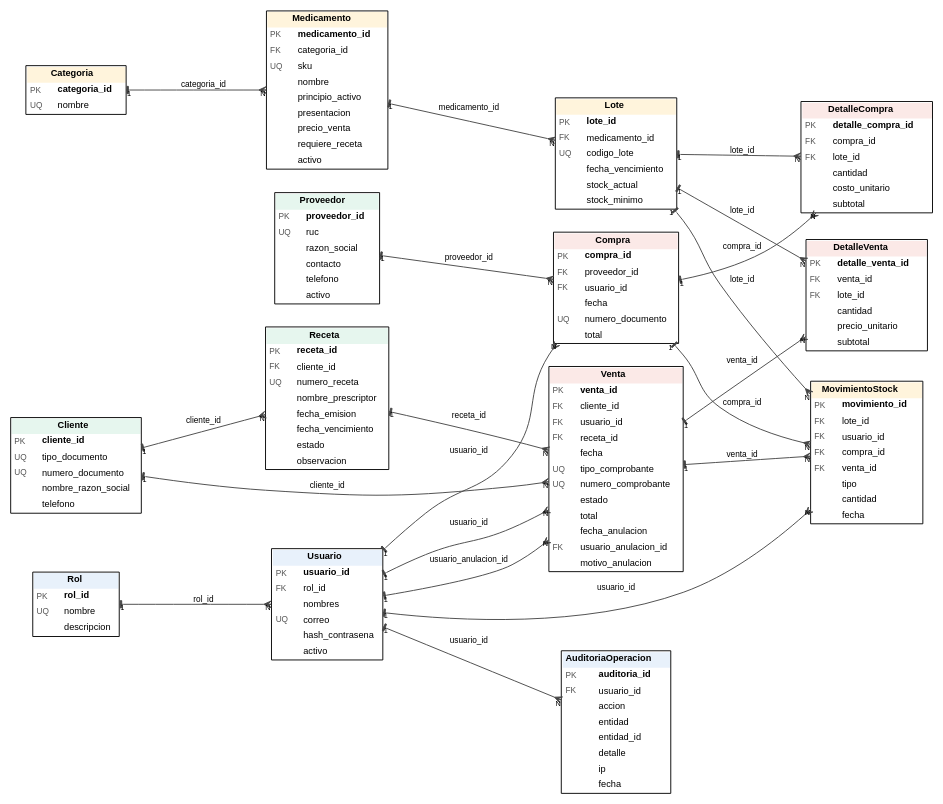
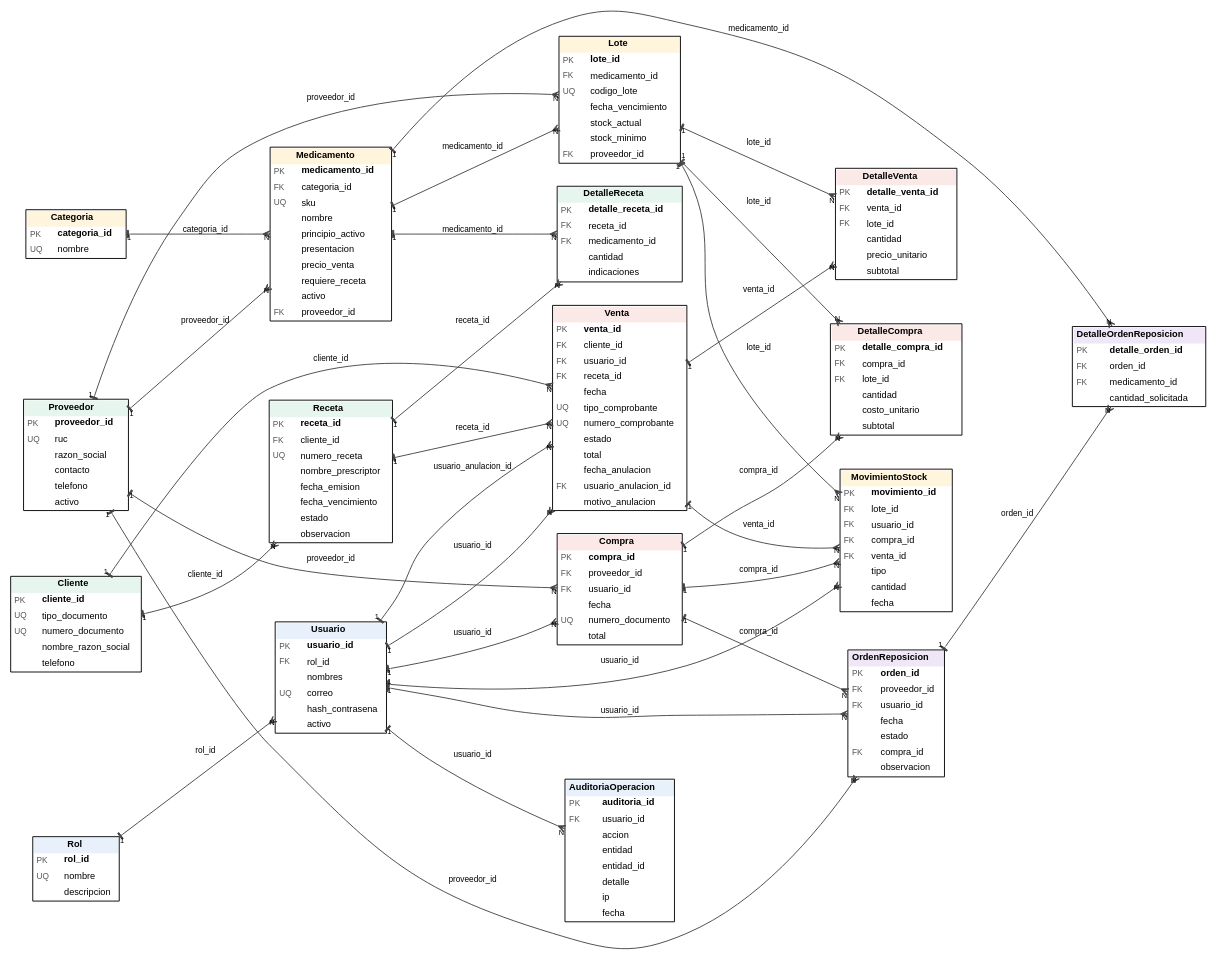
Before and after one commit to angelonavarroxd23-lab/Farma-Control: the diagram in docs/diagramas/src/modelo_logico.dot, drawn with Graphviz. The commit also changed 24 other files, not shown here.

First line of the commit message:
Diagramas actualizados a v2.1: 17 tablas/28 FK, MVC, receta en caja, lote/proveedor en compra, reposicion, estados de orden

```diff
--- a/docs/diagramas/src/modelo_logico.dot
+++ b/docs/diagramas/src/modelo_logico.dot
@@ -6,23 +6,35 @@
 Cliente [label=<<TABLE BORDER="1" CELLBORDER="0" CELLSPACING="0" CELLPADDING="3" BGCOLOR="white"><TR><TD COLSPAN="2" BGCOLOR="#E6F6EE"><B>Cliente</B></TD></TR><TR><TD ALIGN="LEFT" WIDTH="30"><FONT POINT-SIZE="9" COLOR="#555555">PK</FONT></TD><TD ALIGN="LEFT"><B>cliente_id</B></TD></TR><TR><TD ALIGN="LEFT" WIDTH="30"><FONT POINT-SIZE="9" COLOR="#555555">UQ</FONT></TD><TD ALIGN="LEFT">tipo_documento</TD></TR><TR><TD ALIGN="LEFT" WIDTH="30"><FONT POINT-SIZE="9" COLOR="#555555">UQ</FONT></TD><TD ALIGN="LEFT">numero_documento</TD></TR><TR><TD ALIGN="LEFT" WIDTH="30"> </TD><TD ALIGN="LEFT">nombre_razon_social</TD></TR><TR><TD ALIGN="LEFT" WIDTH="30"> </TD><TD ALIGN="LEFT">telefono</TD></TR></TABLE>>];
 Proveedor [label=<<TABLE BORDER="1" CELLBORDER="0" CELLSPACING="0" CELLPADDING="3" BGCOLOR="white"><TR><TD COLSPAN="2" BGCOLOR="#E6F6EE"><B>Proveedor</B></TD></TR><TR><TD ALIGN="LEFT" WIDTH="30"><FONT POINT-SIZE="9" COLOR="#555555">PK</FONT></TD><TD ALIGN="LEFT"><B>proveedor_id</B></TD></TR><TR><TD ALIGN="LEFT" WIDTH="30"><FONT POINT-SIZE="9" COLOR="#555555">UQ</FONT></TD><TD ALIGN="LEFT">ruc</TD></TR><TR><TD ALIGN="LEFT" WIDTH="30"> </TD><TD ALIGN="LEFT">razon_social</TD></TR><TR><TD ALIGN="LEFT" WIDTH="30"> </TD><TD ALIGN="LEFT">contacto</TD></TR><TR><TD ALIGN="LEFT" WIDTH="30"> </TD><TD ALIGN="LEFT">telefono</TD></TR><TR><TD ALIGN="LEFT" WIDTH="30"> </TD><TD ALIGN="LEFT">activo</TD></TR></TABLE>>];
 Categoria [label=<<TABLE BORDER="1" CELLBORDER="0" CELLSPACING="0" CELLPADDING="3" BGCOLOR="white"><TR><TD COLSPAN="2" BGCOLOR="#FFF4DC"><B>Categoria</B></TD></TR><TR><TD ALIGN="LEFT" WIDTH="30"><FONT POINT-SIZE="9" COLOR="#555555">PK</FONT></TD><TD ALIGN="LEFT"><B>categoria_id</B></TD></TR><TR><TD ALIGN="LEFT" WIDTH="30"><FONT POINT-SIZE="9" COLOR="#555555">UQ</FONT></TD><TD ALIGN="LEFT">nombre</TD></TR></TABLE>>];
-Medicamento [label=<<TABLE BORDER="1" CELLBORDER="0" CELLSPACING="0" CELLPADDING="3" BGCOLOR="white"><TR><TD COLSPAN="2" BGCOLOR="#FFF4DC"><B>Medicamento</B></TD></TR><TR><TD ALIGN="LEFT" WIDTH="30"><FONT POINT-SIZE="9" COLOR="#555555">PK</FONT></TD><TD ALIGN="LEFT"><B>medicamento_id</B></TD></TR><TR><TD ALIGN="LEFT" WIDTH="30"><FONT POINT-SIZE="9" COLOR="#555555">FK</FONT></TD><TD ALIGN="LEFT">categoria_id</TD></TR><TR><TD ALIGN="LEFT" WIDTH="30"><FONT POINT-SIZE="9" COLOR="#555555">UQ</FONT></TD><TD ALIGN="LEFT">sku</TD></TR><TR><TD ALIGN="LEFT" WIDTH="30"> </TD><TD ALIGN="LEFT">nombre</TD></TR><TR><TD ALIGN="LEFT" WIDTH="30"> </TD><TD ALIGN="LEFT">principio_activo</TD></TR><TR><TD ALIGN="LEFT" WIDTH="30"> </TD><TD ALIGN="LEFT">presentacion</TD></TR><TR><TD ALIGN="LEFT" WIDTH="30"> </TD><TD ALIGN="LEFT">precio_venta</TD></TR><TR><TD ALIGN="LEFT" WIDTH="30"> </TD><TD ALIGN="LEFT">requiere_receta</TD></TR><TR><TD ALIGN="LEFT" WIDTH="30"> </TD><TD ALIGN="LEFT">activo</TD></TR></TABLE>>];
+Medicamento [label=<<TABLE BORDER="1" CELLBORDER="0" CELLSPACING="0" CELLPADDING="3" BGCOLOR="white"><TR><TD COLSPAN="2" BGCOLOR="#FFF4DC"><B>Medicamento</B></TD></TR><TR><TD ALIGN="LEFT" WIDTH="30"><FONT POINT-SIZE="9" COLOR="#555555">PK</FONT></TD><TD ALIGN="LEFT"><B>medicamento_id</B></TD></TR><TR><TD ALIGN="LEFT" WIDTH="30"><FONT POINT-SIZE="9" COLOR="#555555">FK</FONT></TD><TD ALIGN="LEFT">categoria_id</TD></TR><TR><TD ALIGN="LEFT" WIDTH="30"><FONT POINT-SIZE="9" COLOR="#555555">UQ</FONT></TD><TD ALIGN="LEFT">sku</TD></TR><TR><TD ALIGN="LEFT" WIDTH="30"> </TD><TD ALIGN="LEFT">nombre</TD></TR><TR><TD ALIGN="LEFT" WIDTH="30"> </TD><TD ALIGN="LEFT">principio_activo</TD></TR><TR><TD ALIGN="LEFT" WIDTH="30"> </TD><TD ALIGN="LEFT">presentacion</TD></TR><TR><TD ALIGN="LEFT" WIDTH="30"> </TD><TD ALIGN="LEFT">precio_venta</TD></TR><TR><TD ALIGN="LEFT" WIDTH="30"> </TD><TD ALIGN="LEFT">requiere_receta</TD></TR><TR><TD ALIGN="LEFT" WIDTH="30"> </TD><TD ALIGN="LEFT">activo</TD></TR><TR><TD ALIGN="LEFT" WIDTH="30"><FONT POINT-SIZE="9" COLOR="#555555">FK</FONT></TD><TD ALIGN="LEFT">proveedor_id</TD></TR></TABLE>>];
 Receta [label=<<TABLE BORDER="1" CELLBORDER="0" CELLSPACING="0" CELLPADDING="3" BGCOLOR="white"><TR><TD COLSPAN="2" BGCOLOR="#E6F6EE"><B>Receta</B></TD></TR><TR><TD ALIGN="LEFT" WIDTH="30"><FONT POINT-SIZE="9" COLOR="#555555">PK</FONT></TD><TD ALIGN="LEFT"><B>receta_id</B></TD></TR><TR><TD ALIGN="LEFT" WIDTH="30"><FONT POINT-SIZE="9" COLOR="#555555">FK</FONT></TD><TD ALIGN="LEFT">cliente_id</TD></TR><TR><TD ALIGN="LEFT" WIDTH="30"><FONT POINT-SIZE="9" COLOR="#555555">UQ</FONT></TD><TD ALIGN="LEFT">numero_receta</TD></TR><TR><TD ALIGN="LEFT" WIDTH="30"> </TD><TD ALIGN="LEFT">nombre_prescriptor</TD></TR><TR><TD ALIGN="LEFT" WIDTH="30"> </TD><TD ALIGN="LEFT">fecha_emision</TD></TR><TR><TD ALIGN="LEFT" WIDTH="30"> </TD><TD ALIGN="LEFT">fecha_vencimiento</TD></TR><TR><TD ALIGN="LEFT" WIDTH="30"> </TD><TD ALIGN="LEFT">estado</TD></TR><TR><TD ALIGN="LEFT" WIDTH="30"> </TD><TD ALIGN="LEFT">observacion</TD></TR></TABLE>>];
-Lote [label=<<TABLE BORDER="1" CELLBORDER="0" CELLSPACING="0" CELLPADDING="3" BGCOLOR="white"><TR><TD COLSPAN="2" BGCOLOR="#FFF4DC"><B>Lote</B></TD></TR><TR><TD ALIGN="LEFT" WIDTH="30"><FONT POINT-SIZE="9" COLOR="#555555">PK</FONT></TD><TD ALIGN="LEFT"><B>lote_id</B></TD></TR><TR><TD ALIGN="LEFT" WIDTH="30"><FONT POINT-SIZE="9" COLOR="#555555">FK</FONT></TD><TD ALIGN="LEFT">medicamento_id</TD></TR><TR><TD ALIGN="LEFT" WIDTH="30"><FONT POINT-SIZE="9" COLOR="#555555">UQ</FONT></TD><TD ALIGN="LEFT">codigo_lote</TD></TR><TR><TD ALIGN="LEFT" WIDTH="30"> </TD><TD ALIGN="LEFT">fecha_vencimiento</TD></TR><TR><TD ALIGN="LEFT" WIDTH="30"> </TD><TD ALIGN="LEFT">stock_actual</TD></TR><TR><TD ALIGN="LEFT" WIDTH="30"> </TD><TD ALIGN="LEFT">stock_minimo</TD></TR></TABLE>>];
+Lote [label=<<TABLE BORDER="1" CELLBORDER="0" CELLSPACING="0" CELLPADDING="3" BGCOLOR="white"><TR><TD COLSPAN="2" BGCOLOR="#FFF4DC"><B>Lote</B></TD></TR><TR><TD ALIGN="LEFT" WIDTH="30"><FONT POINT-SIZE="9" COLOR="#555555">PK</FONT></TD><TD ALIGN="LEFT"><B>lote_id</B></TD></TR><TR><TD ALIGN="LEFT" WIDTH="30"><FONT POINT-SIZE="9" COLOR="#555555">FK</FONT></TD><TD ALIGN="LEFT">medicamento_id</TD></TR><TR><TD ALIGN="LEFT" WIDTH="30"><FONT POINT-SIZE="9" COLOR="#555555">UQ</FONT></TD><TD ALIGN="LEFT">codigo_lote</TD></TR><TR><TD ALIGN="LEFT" WIDTH="30"> </TD><TD ALIGN="LEFT">fecha_vencimiento</TD></TR><TR><TD ALIGN="LEFT" WIDTH="30"> </TD><TD ALIGN="LEFT">stock_actual</TD></TR><TR><TD ALIGN="LEFT" WIDTH="30"> </TD><TD ALIGN="LEFT">stock_minimo</TD></TR><TR><TD ALIGN="LEFT" WIDTH="30"><FONT POINT-SIZE="9" COLOR="#555555">FK</FONT></TD><TD ALIGN="LEFT">proveedor_id</TD></TR></TABLE>>];
+DetalleReceta [label=<<TABLE BORDER="1" CELLBORDER="0" CELLSPACING="0" CELLPADDING="3" BGCOLOR="white"><TR><TD COLSPAN="2" BGCOLOR="#E6F6EE"><B>DetalleReceta</B></TD></TR><TR><TD ALIGN="LEFT" WIDTH="30"><FONT POINT-SIZE="9" COLOR="#555555">PK</FONT></TD><TD ALIGN="LEFT"><B>detalle_receta_id</B></TD></TR><TR><TD ALIGN="LEFT" WIDTH="30"><FONT POINT-SIZE="9" COLOR="#555555">FK</FONT></TD><TD ALIGN="LEFT">receta_id</TD></TR><TR><TD ALIGN="LEFT" WIDTH="30"><FONT POINT-SIZE="9" COLOR="#555555">FK</FONT></TD><TD ALIGN="LEFT">medicamento_id</TD></TR><TR><TD ALIGN="LEFT" WIDTH="30"> </TD><TD ALIGN="LEFT">cantidad</TD></TR><TR><TD ALIGN="LEFT" WIDTH="30"> </TD><TD ALIGN="LEFT">indicaciones</TD></TR></TABLE>>];
 Compra [label=<<TABLE BORDER="1" CELLBORDER="0" CELLSPACING="0" CELLPADDING="3" BGCOLOR="white"><TR><TD COLSPAN="2" BGCOLOR="#FBE9E7"><B>Compra</B></TD></TR><TR><TD ALIGN="LEFT" WIDTH="30"><FONT POINT-SIZE="9" COLOR="#555555">PK</FONT></TD><TD ALIGN="LEFT"><B>compra_id</B></TD></TR><TR><TD ALIGN="LEFT" WIDTH="30"><FONT POINT-SIZE="9" COLOR="#555555">FK</FONT></TD><TD ALIGN="LEFT">proveedor_id</TD></TR><TR><TD ALIGN="LEFT" WIDTH="30"><FONT POINT-SIZE="9" COLOR="#555555">FK</FONT></TD><TD ALIGN="LEFT">usuario_id</TD></TR><TR><TD ALIGN="LEFT" WIDTH="30"> </TD><TD ALIGN="LEFT">fecha</TD></TR><TR><TD ALIGN="LEFT" WIDTH="30"><FONT POINT-SIZE="9" COLOR="#555555">UQ</FONT></TD><TD ALIGN="LEFT">numero_documento</TD></TR><TR><TD ALIGN="LEFT" WIDTH="30"> </TD><TD ALIGN="LEFT">total</TD></TR></TABLE>>];
 DetalleCompra [label=<<TABLE BORDER="1" CELLBORDER="0" CELLSPACING="0" CELLPADDING="3" BGCOLOR="white"><TR><TD COLSPAN="2" BGCOLOR="#FBE9E7"><B>DetalleCompra</B></TD></TR><TR><TD ALIGN="LEFT" WIDTH="30"><FONT POINT-SIZE="9" COLOR="#555555">PK</FONT></TD><TD ALIGN="LEFT"><B>detalle_compra_id</B></TD></TR><TR><TD ALIGN="LEFT" WIDTH="30"><FONT POINT-SIZE="9" COLOR="#555555">FK</FONT></TD><TD ALIGN="LEFT">compra_id</TD></TR><TR><TD ALIGN="LEFT" WIDTH="30"><FONT POINT-SIZE="9" COLOR="#555555">FK</FONT></TD><TD ALIGN="LEFT">lote_id</TD></TR><TR><TD ALIGN="LEFT" WIDTH="30"> </TD><TD ALIGN="LEFT">cantidad</TD></TR><TR><TD ALIGN="LEFT" WIDTH="30"> </TD><TD ALIGN="LEFT">costo_unitario</TD></TR><TR><TD ALIGN="LEFT" WIDTH="30"> </TD><TD ALIGN="LEFT">subtotal</TD></TR></TABLE>>];
+OrdenReposicion [label=<<TABLE BORDER="1" CELLBORDER="0" CELLSPACING="0" CELLPADDING="3" BGCOLOR="white"><TR><TD COLSPAN="2" BGCOLOR="#EFE7F7"><B>OrdenReposicion</B></TD></TR><TR><TD ALIGN="LEFT" WIDTH="30"><FONT POINT-SIZE="9" COLOR="#555555">PK</FONT></TD><TD ALIGN="LEFT"><B>orden_id</B></TD></TR><TR><TD ALIGN="LEFT" WIDTH="30"><FONT POINT-SIZE="9" COLOR="#555555">FK</FONT></TD><TD ALIGN="LEFT">proveedor_id</TD></TR><TR><TD ALIGN="LEFT" WIDTH="30"><FONT POINT-SIZE="9" COLOR="#555555">FK</FONT></TD><TD ALIGN="LEFT">usuario_id</TD></TR><TR><TD ALIGN="LEFT" WIDTH="30"> </TD><TD ALIGN="LEFT">fecha</TD></TR><TR><TD ALIGN="LEFT" WIDTH="30"> </TD><TD ALIGN="LEFT">estado</TD></TR><TR><TD ALIGN="LEFT" WIDTH="30"><FONT POINT-SIZE="9" COLOR="#555555">FK</FONT></TD><TD ALIGN="LEFT">compra_id</TD></TR><TR><TD ALIGN="LEFT" WIDTH="30"> </TD><TD ALIGN="LEFT">observacion</TD></TR></TABLE>>];
+DetalleOrdenReposicion [label=<<TABLE BORDER="1" CELLBORDER="0" CELLSPACING="0" CELLPADDING="3" BGCOLOR="white"><TR><TD COLSPAN="2" BGCOLOR="#EFE7F7"><B>DetalleOrdenReposicion</B></TD></TR><TR><TD ALIGN="LEFT" WIDTH="30"><FONT POINT-SIZE="9" COLOR="#555555">PK</FONT></TD><TD ALIGN="LEFT"><B>detalle_orden_id</B></TD></TR><TR><TD ALIGN="LEFT" WIDTH="30"><FONT POINT-SIZE="9" COLOR="#555555">FK</FONT></TD><TD ALIGN="LEFT">orden_id</TD></TR><TR><TD ALIGN="LEFT" WIDTH="30"><FONT POINT-SIZE="9" COLOR="#555555">FK</FONT></TD><TD ALIGN="LEFT">medicamento_id</TD></TR><TR><TD ALIGN="LEFT" WIDTH="30"> </TD><TD ALIGN="LEFT">cantidad_solicitada</TD></TR></TABLE>>];
 Venta [label=<<TABLE BORDER="1" CELLBORDER="0" CELLSPACING="0" CELLPADDING="3" BGCOLOR="white"><TR><TD COLSPAN="2" BGCOLOR="#FBE9E7"><B>Venta</B></TD></TR><TR><TD ALIGN="LEFT" WIDTH="30"><FONT POINT-SIZE="9" COLOR="#555555">PK</FONT></TD><TD ALIGN="LEFT"><B>venta_id</B></TD></TR><TR><TD ALIGN="LEFT" WIDTH="30"><FONT POINT-SIZE="9" COLOR="#555555">FK</FONT></TD><TD ALIGN="LEFT">cliente_id</TD></TR><TR><TD ALIGN="LEFT" WIDTH="30"><FONT POINT-SIZE="9" COLOR="#555555">FK</FONT></TD><TD ALIGN="LEFT">usuario_id</TD></TR><TR><TD ALIGN="LEFT" WIDTH="30"><FONT POINT-SIZE="9" COLOR="#555555">FK</FONT></TD><TD ALIGN="LEFT">receta_id</TD></TR><TR><TD ALIGN="LEFT" WIDTH="30"> </TD><TD ALIGN="LEFT">fecha</TD></TR><TR><TD ALIGN="LEFT" WIDTH="30"><FONT POINT-SIZE="9" COLOR="#555555">UQ</FONT></TD><TD ALIGN="LEFT">tipo_comprobante</TD></TR><TR><TD ALIGN="LEFT" WIDTH="30"><FONT POINT-SIZE="9" COLOR="#555555">UQ</FONT></TD><TD ALIGN="LEFT">numero_comprobante</TD></TR><TR><TD ALIGN="LEFT" WIDTH="30"> </TD><TD ALIGN="LEFT">estado</TD></TR><TR><TD ALIGN="LEFT" WIDTH="30"> </TD><TD ALIGN="LEFT">total</TD></TR><TR><TD ALIGN="LEFT" WIDTH="30"> </TD><TD ALIGN="LEFT">fecha_anulacion</TD></TR><TR><TD ALIGN="LEFT" WIDTH="30"><FONT POINT-SIZE="9" COLOR="#555555">FK</FONT></TD><TD ALIGN="LEFT">usuario_anulacion_id</TD></TR><TR><TD ALIGN="LEFT" WIDTH="30"> </TD><TD ALIGN="LEFT">motivo_anulacion</TD></TR></TABLE>>];
 DetalleVenta [label=<<TABLE BORDER="1" CELLBORDER="0" CELLSPACING="0" CELLPADDING="3" BGCOLOR="white"><TR><TD COLSPAN="2" BGCOLOR="#FBE9E7"><B>DetalleVenta</B></TD></TR><TR><TD ALIGN="LEFT" WIDTH="30"><FONT POINT-SIZE="9" COLOR="#555555">PK</FONT></TD><TD ALIGN="LEFT"><B>detalle_venta_id</B></TD></TR><TR><TD ALIGN="LEFT" WIDTH="30"><FONT POINT-SIZE="9" COLOR="#555555">FK</FONT></TD><TD ALIGN="LEFT">venta_id</TD></TR><TR><TD ALIGN="LEFT" WIDTH="30"><FONT POINT-SIZE="9" COLOR="#555555">FK</FONT></TD><TD ALIGN="LEFT">lote_id</TD></TR><TR><TD ALIGN="LEFT" WIDTH="30"> </TD><TD ALIGN="LEFT">cantidad</TD></TR><TR><TD ALIGN="LEFT" WIDTH="30"> </TD><TD ALIGN="LEFT">precio_unitario</TD></TR><TR><TD ALIGN="LEFT" WIDTH="30"> </TD><TD ALIGN="LEFT">subtotal</TD></TR></TABLE>>];
 MovimientoStock [label=<<TABLE BORDER="1" CELLBORDER="0" CELLSPACING="0" CELLPADDING="3" BGCOLOR="white"><TR><TD COLSPAN="2" BGCOLOR="#FFF4DC"><B>MovimientoStock</B></TD></TR><TR><TD ALIGN="LEFT" WIDTH="30"><FONT POINT-SIZE="9" COLOR="#555555">PK</FONT></TD><TD ALIGN="LEFT"><B>movimiento_id</B></TD></TR><TR><TD ALIGN="LEFT" WIDTH="30"><FONT POINT-SIZE="9" COLOR="#555555">FK</FONT></TD><TD ALIGN="LEFT">lote_id</TD></TR><TR><TD ALIGN="LEFT" WIDTH="30"><FONT POINT-SIZE="9" COLOR="#555555">FK</FONT></TD><TD ALIGN="LEFT">usuario_id</TD></TR><TR><TD ALIGN="LEFT" WIDTH="30"><FONT POINT-SIZE="9" COLOR="#555555">FK</FONT></TD><TD ALIGN="LEFT">compra_id</TD></TR><TR><TD ALIGN="LEFT" WIDTH="30"><FONT POINT-SIZE="9" COLOR="#555555">FK</FONT></TD><TD ALIGN="LEFT">venta_id</TD></TR><TR><TD ALIGN="LEFT" WIDTH="30"> </TD><TD ALIGN="LEFT">tipo</TD></TR><TR><TD ALIGN="LEFT" WIDTH="30"> </TD><TD ALIGN="LEFT">cantidad</TD></TR><TR><TD ALIGN="LEFT" WIDTH="30"> </TD><TD ALIGN="LEFT">fecha</TD></TR></TABLE>>];
 AuditoriaOperacion [label=<<TABLE BORDER="1" CELLBORDER="0" CELLSPACING="0" CELLPADDING="3" BGCOLOR="white"><TR><TD COLSPAN="2" BGCOLOR="#E8F1FB"><B>AuditoriaOperacion</B></TD></TR><TR><TD ALIGN="LEFT" WIDTH="30"><FONT POINT-SIZE="9" COLOR="#555555">PK</FONT></TD><TD ALIGN="LEFT"><B>auditoria_id</B></TD></TR><TR><TD ALIGN="LEFT" WIDTH="30"><FONT POINT-SIZE="9" COLOR="#555555">FK</FONT></TD><TD ALIGN="LEFT">usuario_id</TD></TR><TR><TD ALIGN="LEFT" WIDTH="30"> </TD><TD ALIGN="LEFT">accion</TD></TR><TR><TD ALIGN="LEFT" WIDTH="30"> </TD><TD ALIGN="LEFT">entidad</TD></TR><TR><TD ALIGN="LEFT" WIDTH="30"> </TD><TD ALIGN="LEFT">entidad_id</TD></TR><TR><TD ALIGN="LEFT" WIDTH="30"> </TD><TD ALIGN="LEFT">detalle</TD></TR><TR><TD ALIGN="LEFT" WIDTH="30"> </TD><TD ALIGN="LEFT">ip</TD></TR><TR><TD ALIGN="LEFT" WIDTH="30"> </TD><TD ALIGN="LEFT">fecha</TD></TR></TABLE>>];
 Rol -> Usuario [taillabel="1", headlabel="N", label="rol_id", labelfontsize=8];
 Categoria -> Medicamento [taillabel="1", headlabel="N", label="categoria_id", labelfontsize=8];
+Proveedor -> Medicamento [taillabel="1", headlabel="N", label="proveedor_id", labelfontsize=8];
 Cliente -> Receta [taillabel="1", headlabel="N", label="cliente_id", labelfontsize=8];
 Medicamento -> Lote [taillabel="1", headlabel="N", label="medicamento_id", labelfontsize=8];
+Proveedor -> Lote [taillabel="1", headlabel="N", label="proveedor_id", labelfontsize=8];
+Receta -> DetalleReceta [taillabel="1", headlabel="N", label="receta_id", labelfontsize=8];
+Medicamento -> DetalleReceta [taillabel="1", headlabel="N", label="medicamento_id", labelfontsize=8];
 Proveedor -> Compra [taillabel="1", headlabel="N", label="proveedor_id", labelfontsize=8];
 Usuario -> Compra [taillabel="1", headlabel="N", label="usuario_id", labelfontsize=8];
 Compra -> DetalleCompra [taillabel="1", headlabel="N", label="compra_id", labelfontsize=8];
 Lote -> DetalleCompra [taillabel="1", headlabel="N", label="lote_id", labelfontsize=8];
+Proveedor -> OrdenReposicion [taillabel="1", headlabel="N", label="proveedor_id", labelfontsize=8];
+Usuario -> OrdenReposicion [taillabel="1", headlabel="N", label="usuario_id", labelfontsize=8];
+Compra -> OrdenReposicion [taillabel="1", headlabel="N", label="compra_id", labelfontsize=8];
+OrdenReposicion -> DetalleOrdenReposicion [taillabel="1", headlabel="N", label="orden_id", labelfontsize=8];
+Medicamento -> DetalleOrdenReposicion [taillabel="1", headlabel="N", label="medicamento_id", labelfontsize=8];
 Cliente -> Venta [taillabel="1", headlabel="N", label="cliente_id", labelfontsize=8];
 Usuario -> Venta [taillabel="1", headlabel="N", label="usuario_id", labelfontsize=8];
 Receta -> Venta [taillabel="1", headlabel="N", label="receta_id", labelfontsize=8];
```
